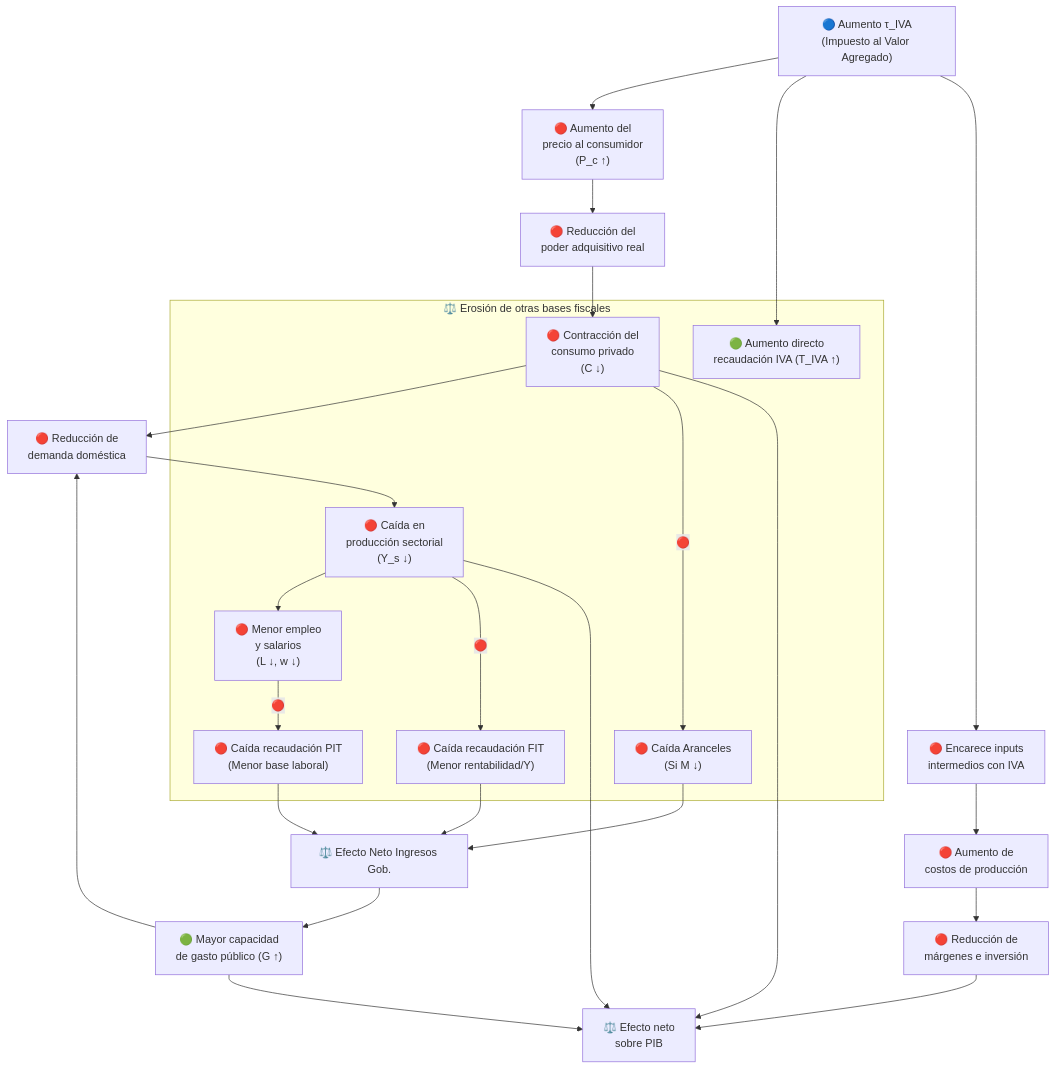
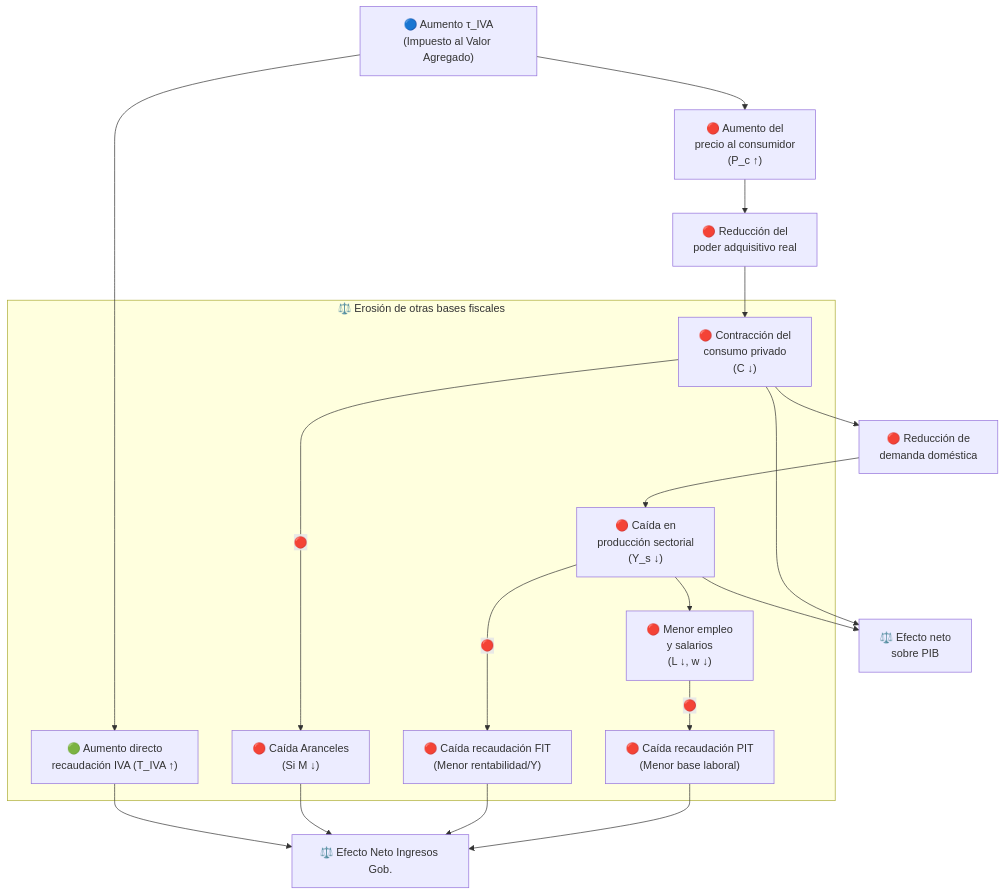
One commit to fcohenriquez/eq_general changed the second of 3 diagrams in documentacion/esquemas_transmision_politicas.md. Above: the diagram before and after it, drawn with Mermaid. The commit also changed other lines of this file and 1 other file, not shown here.

````diff
--- a/documentacion/esquemas_transmision_politicas.md
+++ b/documentacion/esquemas_transmision_politicas.md
@@ -80,32 +81,25 @@
 ```mermaid
 flowchart TD
     A["🔵 Aumento τ_IVA\n(Impuesto al Valor Agregado)"]
 
     A --> B["🔴 Aumento del\nprecio al consumidor\n(P_c ↑)"]
     B --> C["🔴 Reducción del\npoder adquisitivo real"]
     C --> D["🔴 Contracción del\nconsumo privado\n(C ↓)"]
 
     A --> E["🟢 Aumento directo\nrecaudación IVA (T_IVA ↑)"]
 
     D --> H["🔴 Reducción de\ndemanda doméstica"]
     H --> I["🔴 Caída en\nproducción sectorial\n(Y_s ↓)"]
     I --> J["🔴 Menor empleo\ny salarios\n(L ↓, w ↓)"]
 
     subgraph Recaudacion["⚖️ Erosión de otras bases fiscales"]
         E
         J -- "🔴" --> T_PIT["🔴 Caída recaudación PIT\n(Menor base laboral)"]
         I -- "🔴" --> T_FIT["🔴 Caída recaudación FIT\n(Menor rentabilidad/Y)"]
         D -- "🔴" --> T_TAR["🔴 Caída Aranceles\n(Si M ↓)"]
     end
 
-    T_PIT & T_FIT & T_TAR --> F["⚖️ Efecto Neto Ingresos Gob."]
-    F --> G["🟢 Mayor capacidad\nde gasto público (G ↑)"]
-
-    G --> H
-    
-    A --> N["🔴 Encarece inputs\nintermedios con IVA"]
-    N --> O["🔴 Aumento de\ncostos de producción"]
-    O --> P["🔴 Reducción de\nmárgenes e inversión"]
-
-    D & G & I & P --> R["⚖️ Efecto neto\nsobre PIB"]
+    T_PIT & T_FIT & T_TAR & E --> F["⚖️ Efecto Neto Ingresos Gob."]
+        
+    D & I --> R["⚖️ Efecto neto\nsobre PIB"]
 ```
````
